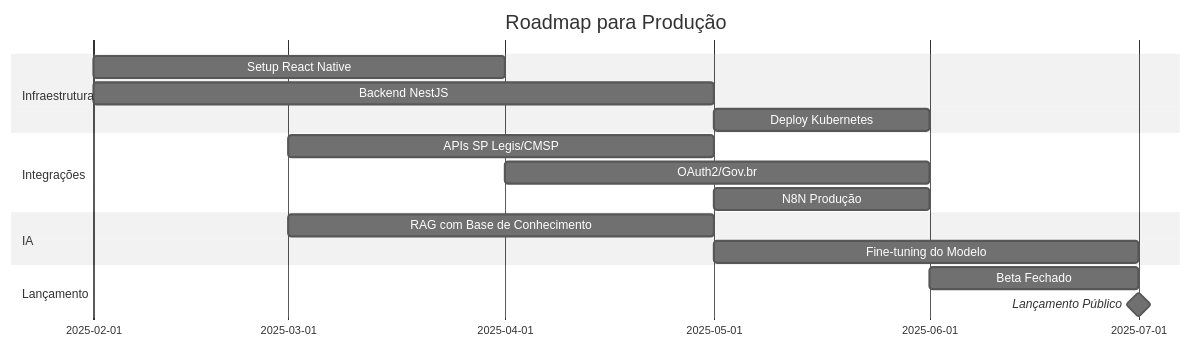
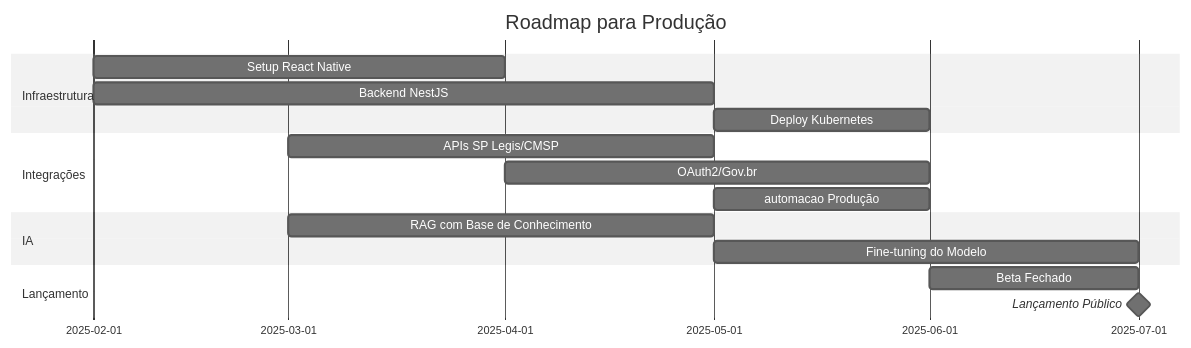
Before and after one commit to MTechnologia/camana-na-mao: the diagram in docs/ENTREGA_PROTOTIPO_CAMARA_NA_MAO.md, drawn with Mermaid (neutral theme). The commit also changed other lines of this file and 77 other files, not shown here.

````diff
--- a/docs/ENTREGA_PROTOTIPO_CAMARA_NA_MAO.md
+++ b/docs/ENTREGA_PROTOTIPO_CAMARA_NA_MAO.md
@@ -746,19 +746,19 @@
 ```mermaid
 gantt
     title Roadmap para Produção
     dateFormat  YYYY-MM
     section Infraestrutura
     Setup React Native           :2025-02, 2025-04
     Backend NestJS               :2025-02, 2025-05
     Deploy Kubernetes            :2025-05, 2025-06
     section Integrações
     APIs SP Legis/CMSP           :2025-03, 2025-05
     OAuth2/Gov.br                :2025-04, 2025-06
-    N8N Produção                 :2025-05, 2025-06
+    automacao Produção                 :2025-05, 2025-06
     section IA
     RAG com Base de Conhecimento :2025-03, 2025-05
     Fine-tuning do Modelo        :2025-05, 2025-07
     section Lançamento
     Beta Fechado                 :2025-06, 2025-07
     Lançamento Público           :milestone, 2025-07, 0d
 ```
````
